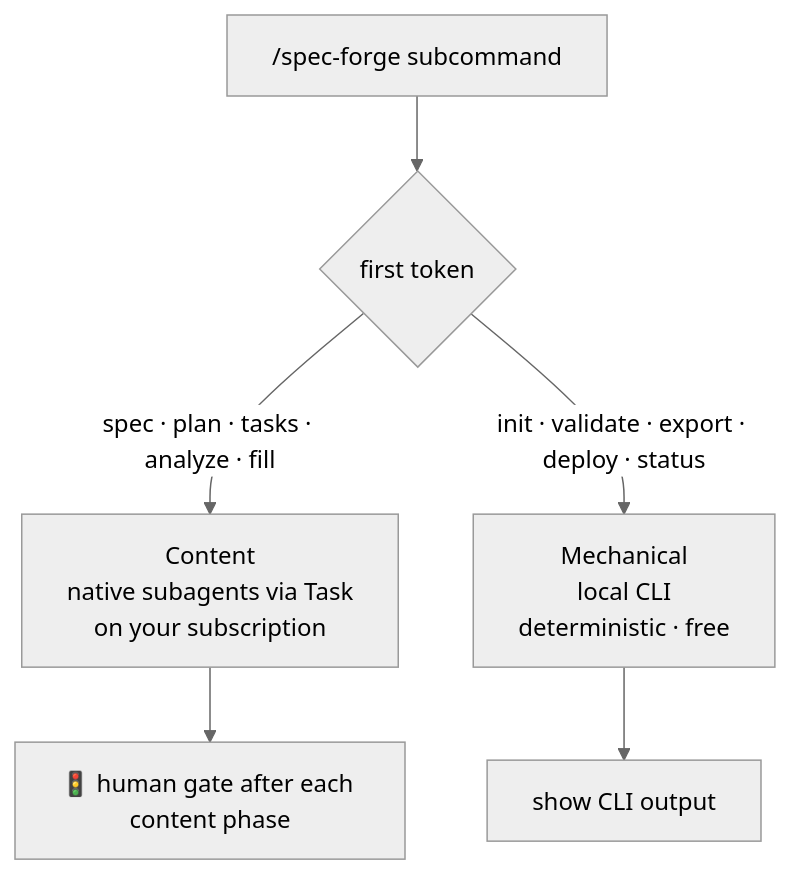
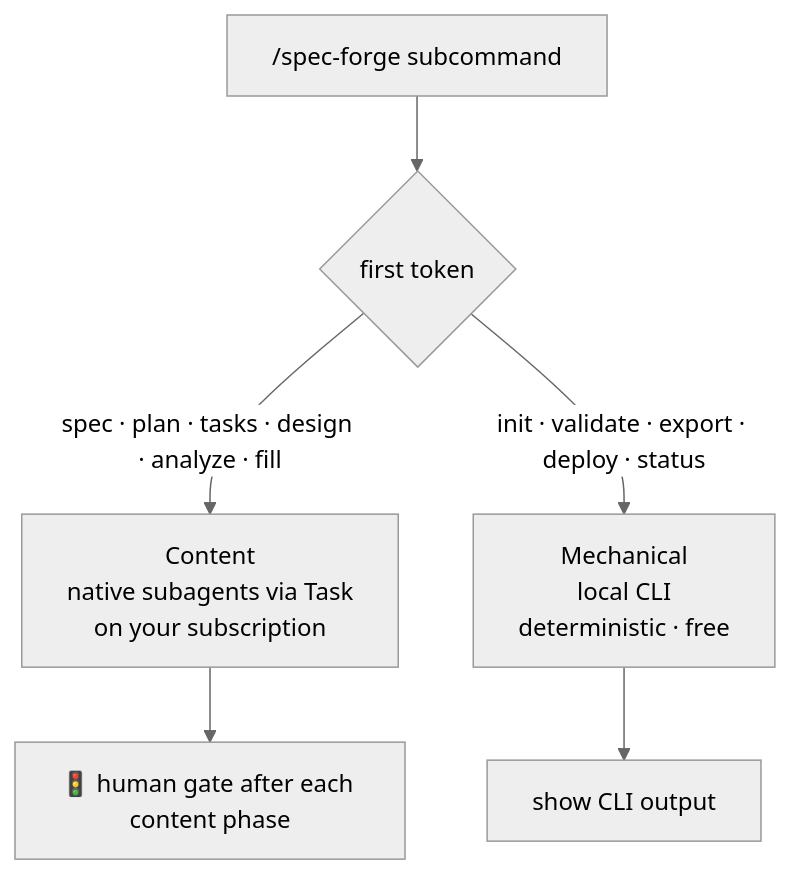
One commit to chiperi/spec-forge changed the sixth of 9 diagrams in README.md. Above: the diagram before and after it, drawn with Mermaid (neutral theme). The commit also changed other lines of this file and 12 other files, not shown here.

````diff
--- a/README.md
+++ b/README.md
@@ -274,8 +274,8 @@
 ```mermaid
 flowchart TD
     U["/spec-forge subcommand"] --> R{first token}
-    R -->|spec · plan · tasks · analyze · fill| CN["Content<br/>native subagents via Task<br/>on your subscription"]
+    R -->|spec · plan · tasks · design · analyze · fill| CN["Content<br/>native subagents via Task<br/>on your subscription"]
     R -->|init · validate · export · deploy · status| ME["Mechanical<br/>local CLI<br/>deterministic · free"]
     CN --> G["🚦 human gate after each content phase"]
     ME --> O["show CLI output"]
 ```
````
